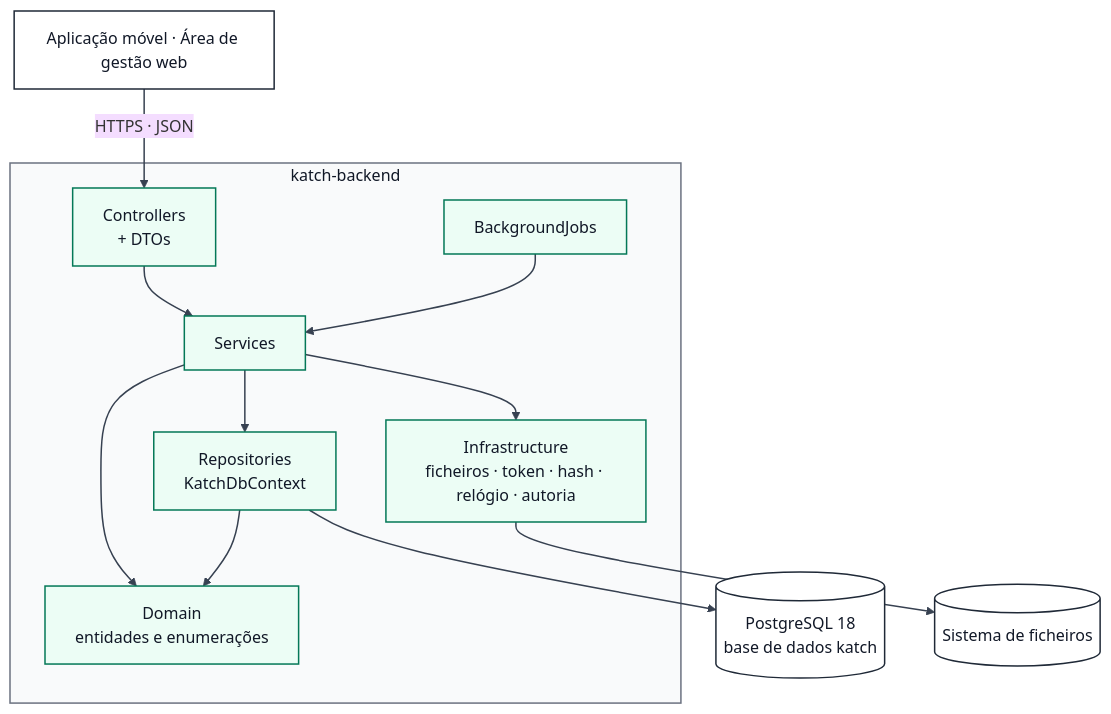
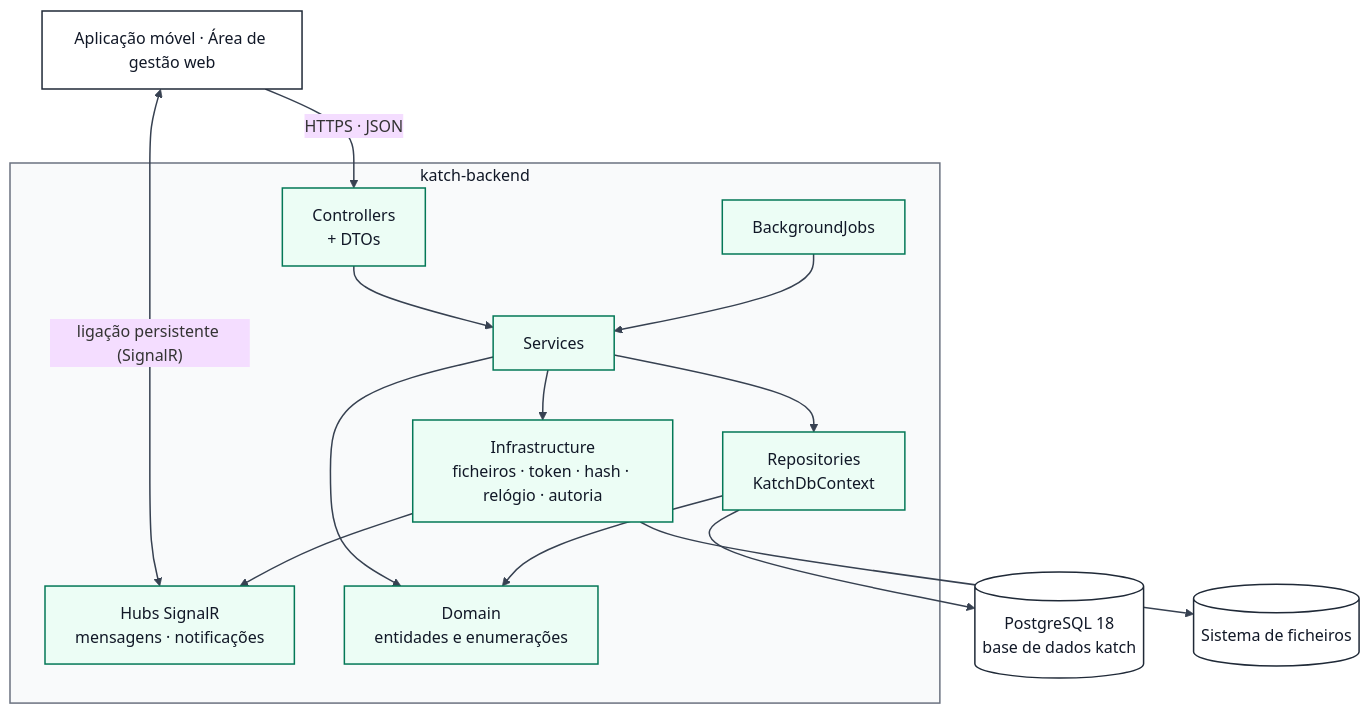
Before and after one commit to katch-lds/katch-docs: the first of 15 diagrams in 04-artefactos-tecnicos/04.07-modelos-de-classes/m2-modelo-classes-backend-v01.md, drawn with Mermaid (base theme). The commit also changed other lines of this file, not shown here.

Commit message:
[I036] docs(modelo-classes): canal persistente SignalR e atributos dos DTOs (D01, D02)

````diff
--- a/04-artefactos-tecnicos/04.07-modelos-de-classes/m2-modelo-classes-backend-v01.md
+++ b/04-artefactos-tecnicos/04.07-modelos-de-classes/m2-modelo-classes-backend-v01.md
@@ -54,29 +56,32 @@
 ```mermaid
 flowchart TB
     Clientes["Aplicação móvel · Área de gestão web"]
     subgraph Backend["katch-backend"]
         C["Controllers<br/>+ DTOs"]
+        H["Hubs SignalR<br/>mensagens · notificações"]
         S["Services"]
         J["BackgroundJobs"]
         R["Repositories<br/>KatchDbContext"]
         D["Domain<br/>entidades e enumerações"]
         I["Infrastructure<br/>ficheiros · token · hash · relógio · autoria"]
     end
     DB[("PostgreSQL 18<br/>base de dados katch")]
     FS[("Sistema de ficheiros")]
     Clientes -->|"HTTPS · JSON"| C
+    Clientes <-->|"ligação persistente (SignalR)"| H
     C --> S
     J --> S
     S --> R
     S --> D
     S --> I
     R --> D
     R --> DB
     I --> FS
+    I --> H
     classDef camada fill:#ecfdf5,stroke:#047857,stroke-width:1.5px,color:#111827
     classDef externo fill:#ffffff,stroke:#1f2937,stroke-width:1.5px,color:#111827
-    class C,S,J,R,D,I camada
+    class C,H,S,J,R,D,I camada
     class Clientes,DB,FS externo
     style Backend fill:#f9fafb,stroke:#6b7280,stroke-width:1.5px,color:#111827
     linkStyle default stroke:#374151,stroke-width:1.5px
 ```
````
